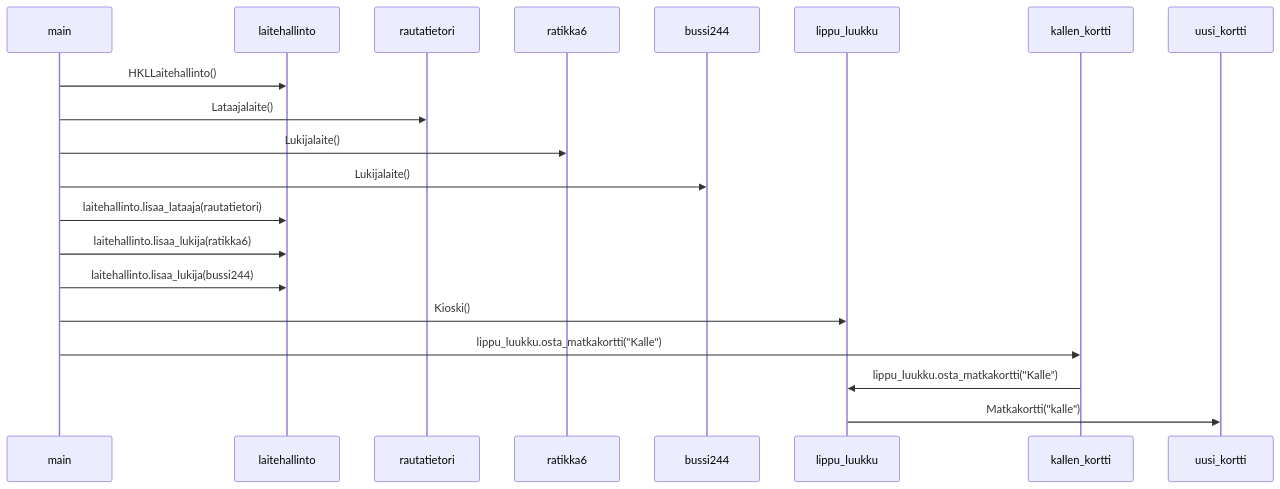
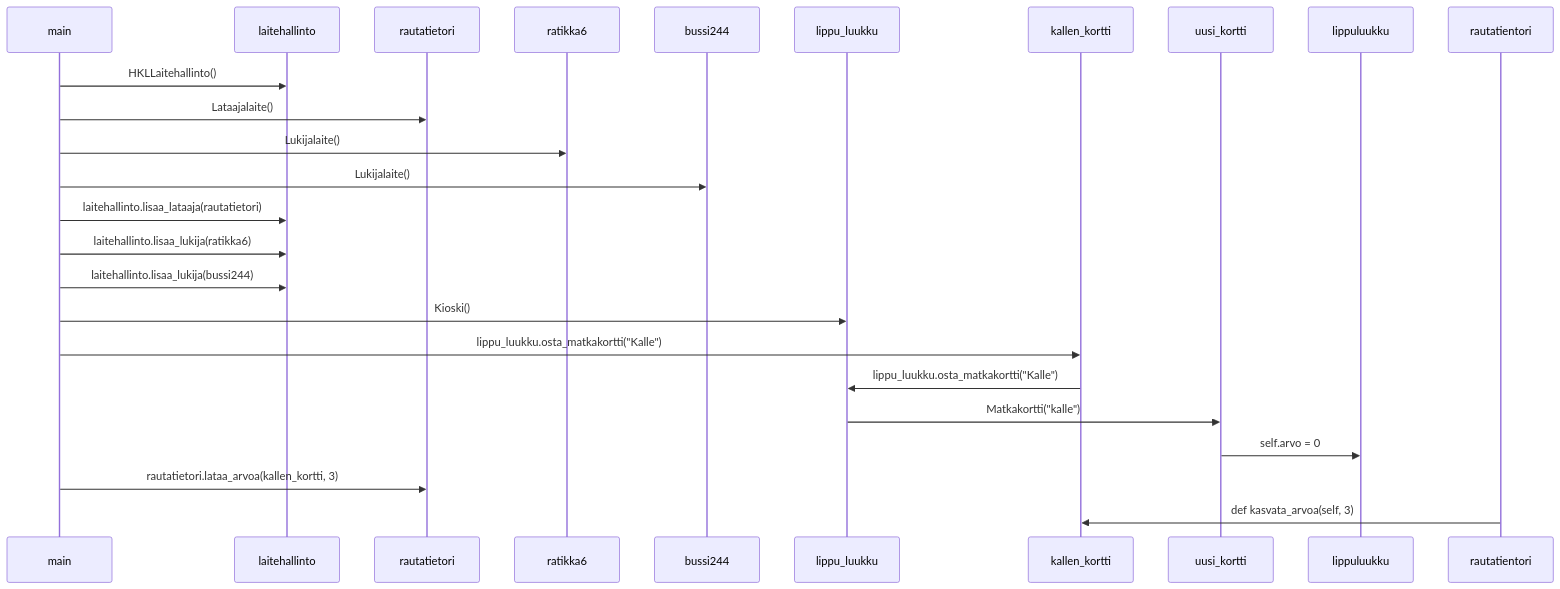
One commit to kodtld/TravelHub changed the diagram in laskarit/viikko3/teht_4_sekvenssikaavio.md. Above: the diagram before and after it, drawn with Mermaid.

````diff
--- a/laskarit/viikko3/teht_4_sekvenssikaavio.md
+++ b/laskarit/viikko3/teht_4_sekvenssikaavio.md
@@ -1,14 +1,18 @@
 ```mermaid
  sequenceDiagram
      main->>laitehallinto: HKLLaitehallinto()
      main->>rautatietori : Lataajalaite()
      main->>ratikka6 : Lukijalaite()
      main->>bussi244 : Lukijalaite()
      main->>laitehallinto: laitehallinto.lisaa_lataaja(rautatietori)
      main->>laitehallinto: laitehallinto.lisaa_lukija(ratikka6)
      main->>laitehallinto: laitehallinto.lisaa_lukija(bussi244)
      main->>lippu_luukku: Kioski()
      main->>kallen_kortti: lippu_luukku.osta_matkakortti("Kalle")
      kallen_kortti->>lippu_luukku: lippu_luukku.osta_matkakortti("Kalle")
      lippu_luukku->>uusi_kortti: Matkakortti("kalle")
+     uusi_kortti->>lippuluukku: self.arvo = 0
+     main->>rautatietori : rautatietori.lataa_arvoa(kallen_kortti, 3)
+     rautatientori->>kallen_kortti: def kasvata_arvoa(self, 3)
+
 ```
````
